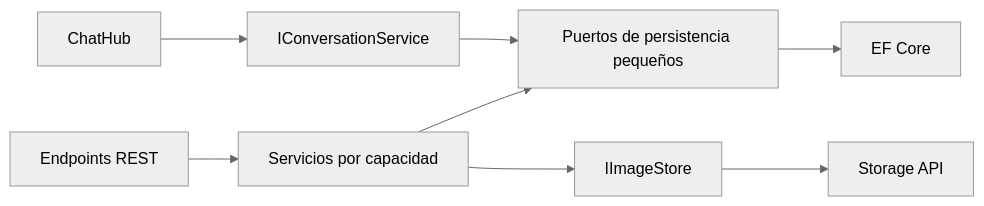
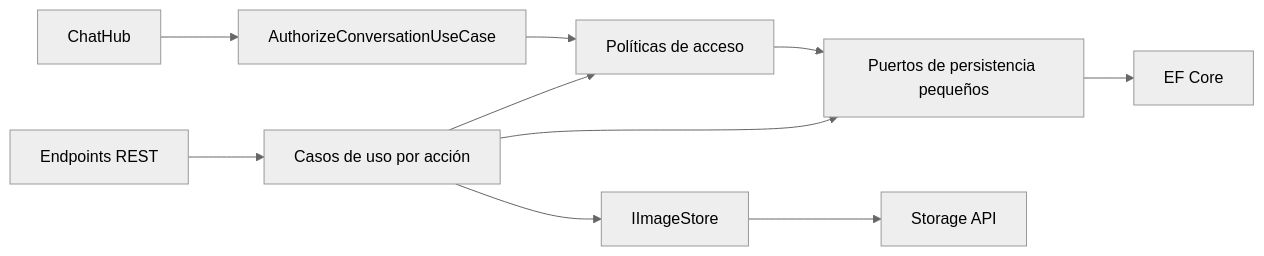
Before and after one commit to Senku-Dev-M/qatu-marketplace: the third of 6 diagrams in docs/architecture.md, drawn with Mermaid (neutral theme). The commit also changed other lines of this file and 45 other files, not shown here.

````diff
--- a/docs/architecture.md
+++ b/docs/architecture.md
@@ -26,10 +26,12 @@
 ```mermaid
 flowchart LR
-  Endpoints[Endpoints REST] --> UseCases[Servicios por capacidad]
-  Hub[ChatHub] --> Conversations[IConversationService]
+  Endpoints[Endpoints REST] --> UseCases[Casos de uso por acción]
+  Hub[ChatHub] --> Conversations[AuthorizeConversationUseCase]
+  UseCases --> Policies[Políticas de acceso]
+  Conversations --> Policies
   UseCases --> Ports[Puertos de persistencia pequeños]
-  Conversations --> Ports
+  Policies --> Ports
   UseCases --> Images[IImageStore]
   Ports --> EF[EF Core]
   Images --> Supabase[Storage API]
 ```
````
